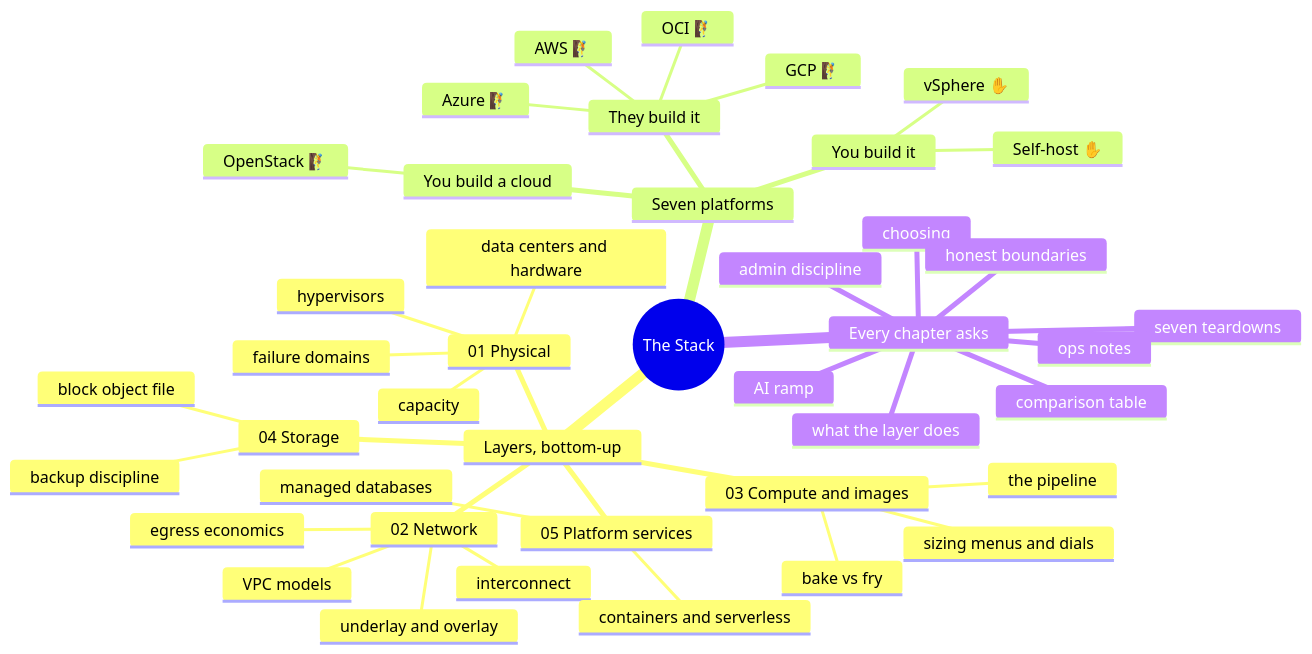
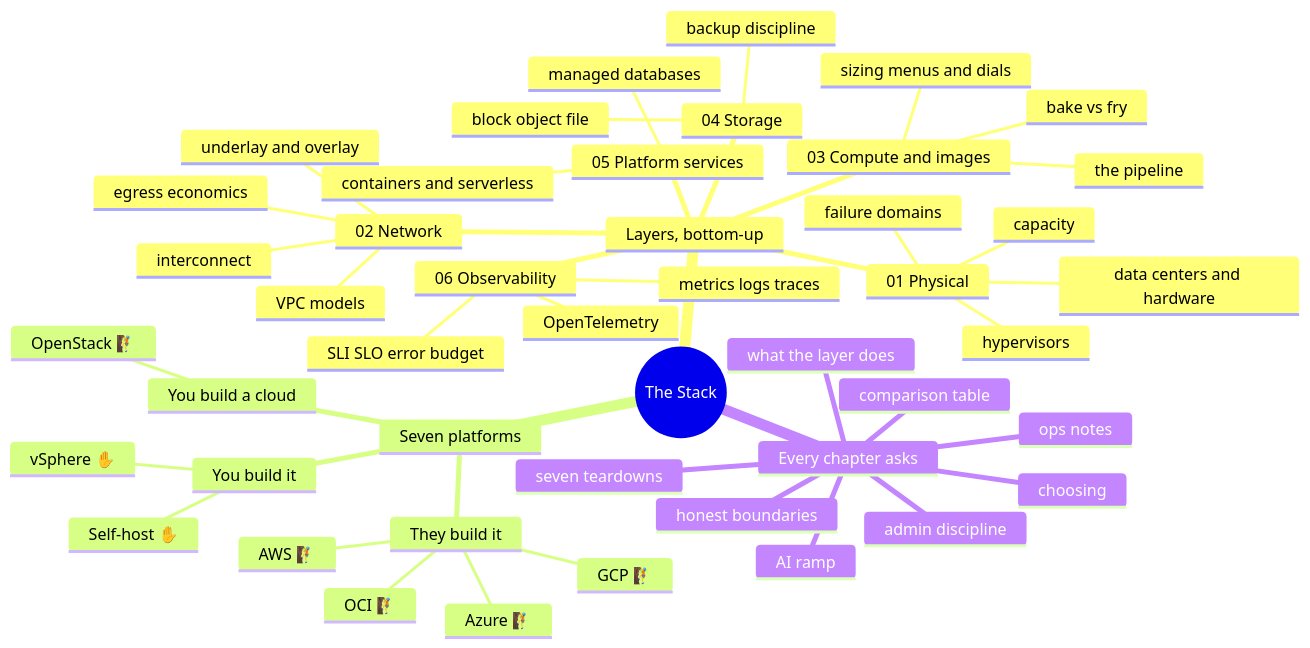
One commit to vicenteliu/sysadmin-self-cultivation changed the diagram in the-stack/README.md. Above: the diagram before and after it, drawn with Mermaid. The commit also changed other lines of this file and 3 other files, not shown here.

````diff
--- a/the-stack/README.md
+++ b/the-stack/README.md
@@ -42,45 +42,49 @@
 ```mermaid
 mindmap
   root((The Stack))
     Layers, bottom-up
       01 Physical
         data centers and hardware
         hypervisors
         failure domains
         capacity
       02 Network
         underlay and overlay
         VPC models
         interconnect
         egress economics
       03 Compute and images
         the pipeline
         bake vs fry
         sizing menus and dials
       04 Storage
         block object file
         backup discipline
       05 Platform services
         containers and serverless
         managed databases
+      06 Observability
+        metrics logs traces
+        SLI SLO error budget
+        OpenTelemetry
     Seven platforms
       You build it
         Self-host ✋
         vSphere ✋
       You build a cloud
         OpenStack 🧗
       They build it
         AWS 🧗
         Azure 🧗
         GCP 🧗
         OCI 🧗
     Every chapter asks
       what the layer does
       seven teardowns
       comparison table
       choosing
       ops notes
       admin discipline
       AI ramp
       honest boundaries
 ```
````
